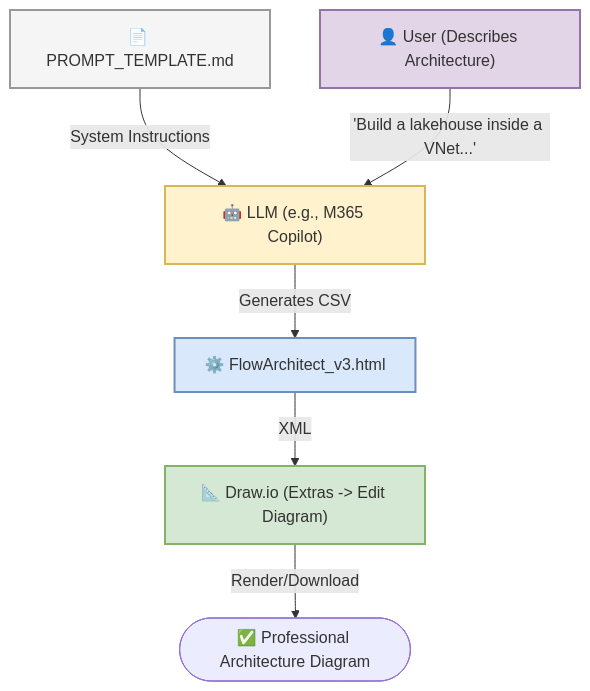
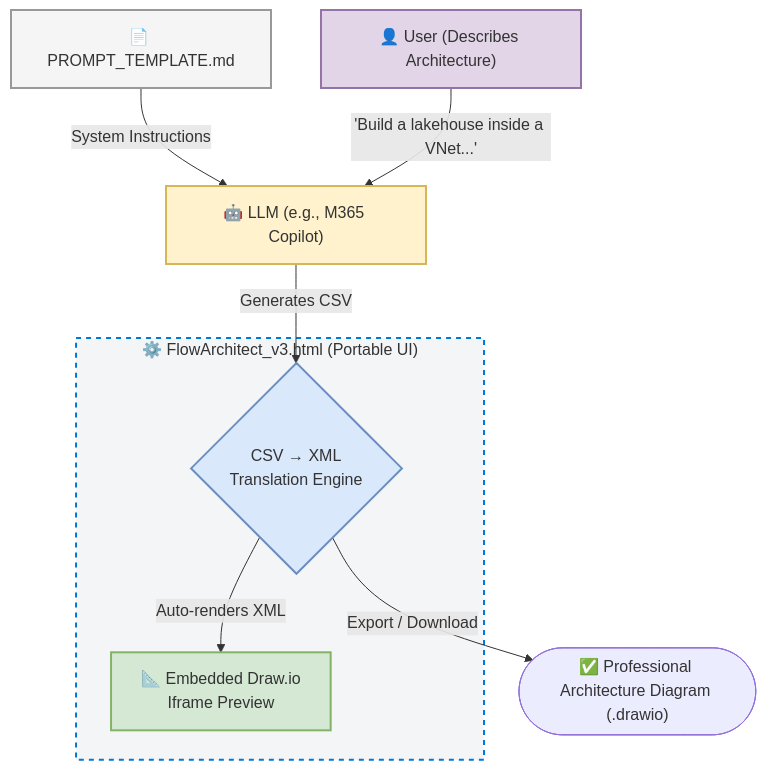
One commit to Jericho2010/drawio-translate changed the diagram in README.md. Above: the diagram before and after it, drawn with Mermaid.

Commit message:
docs: Update Mermaid diagram to show translation within FlowArchitect boundary

````diff
--- a/README.md
+++ b/README.md
@@ -35,14 +35,22 @@
 ```mermaid
 graph TD
     Prompt["📄 PROMPT_TEMPLATE.md"] -->|System Instructions| LLM
     User["👤 User (Describes Architecture)"] --> |"'Build a lakehouse inside a VNet...'"| LLM["🤖 LLM (e.g., M365 Copilot)"]
-    LLM --> |"Generates CSV"| FlowArchitect["⚙️ FlowArchitect_v3.html"]
-    FlowArchitect --> |"<mxGraphModel> XML"| DrawIO["📐 Draw.io (Extras -> Edit Diagram)"]
-    DrawIO --> |"Render/Download"| Done(["✅ Professional Architecture Diagram"])
+    
+    LLM --> |"Generates CSV"| Translator
+
+    subgraph FlowApp ["⚙️ FlowArchitect_v3.html (Portable UI)"]
+        Translator{"CSV → XML<br>Translation Engine"}
+        DrawIO["📐 Embedded Draw.io<br>Iframe Preview"]
+        Translator --> |"Auto-renders XML"| DrawIO
+    end
+    
+    Translator --> |"Export / Download"| Done(["✅ Professional Architecture Diagram (.drawio)"])
 
     style Prompt fill:#f5f5f5,stroke:#999,stroke-width:2px,color:#333
     style User fill:#E1D5E7,stroke:#9673A6,stroke-width:2px,color:#333
     style LLM fill:#FFF2CC,stroke:#D6B656,stroke-width:2px,color:#333
-    style FlowArchitect fill:#DAE8FC,stroke:#6C8EBF,stroke-width:2px,color:#333
+    style FlowApp fill:#f4f5f7,stroke:#0078d4,stroke-width:2px,stroke-dasharray: 5 5,color:#333
+    style Translator fill:#DAE8FC,stroke:#6C8EBF,stroke-width:2px,color:#333
     style DrawIO fill:#D5E8D4,stroke:#82B366,stroke-width:2px,color:#333
 ```
````
